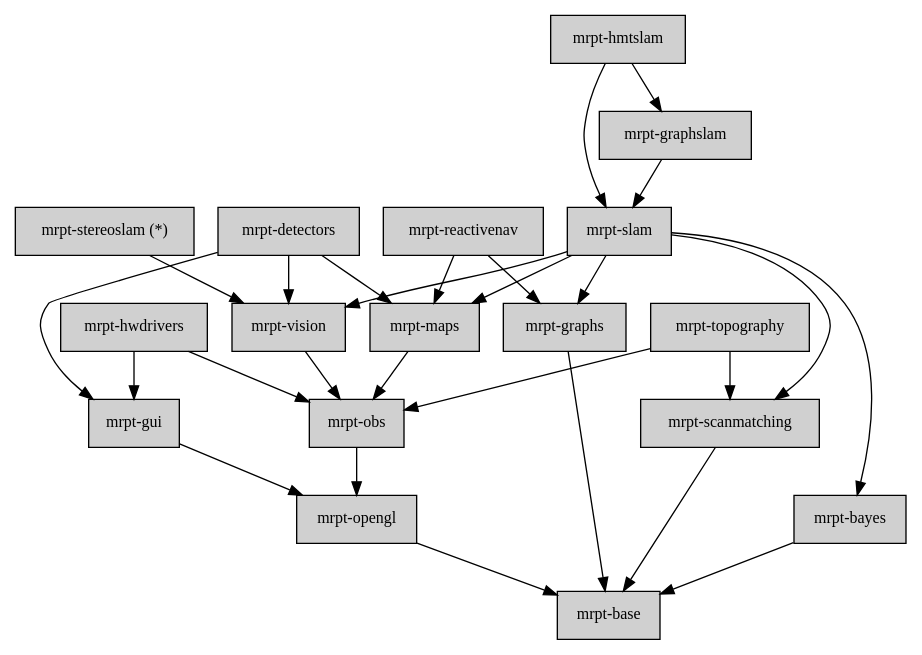
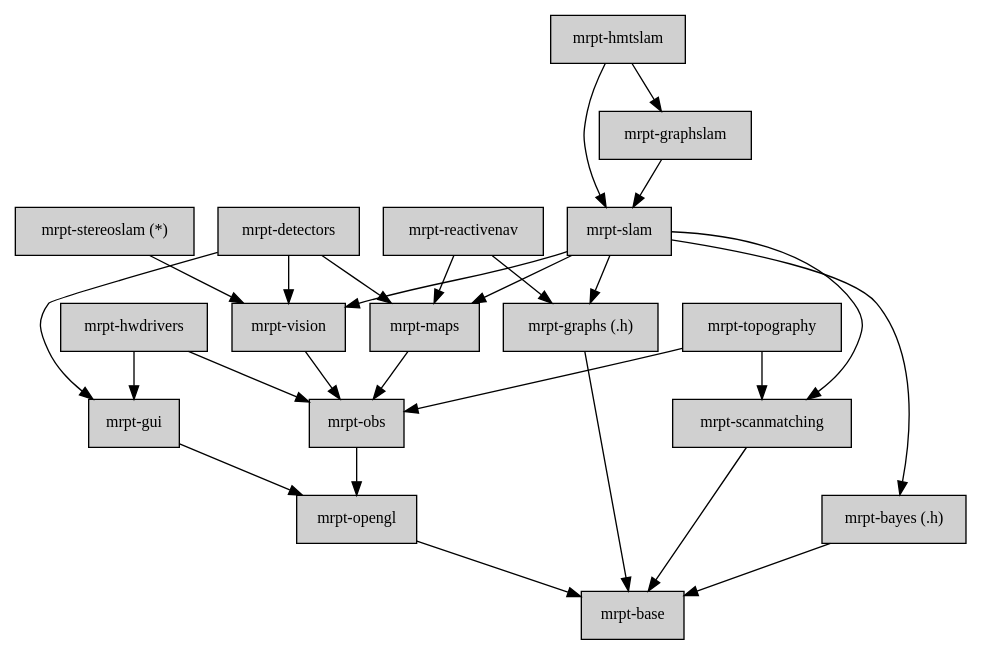
Before and after one commit to MRPT/mrpt: the diagram in doc/design_of_images/graph_mrpt_libs.dot, drawn with Graphviz. The commit also changed 25 other files, not shown here.

Commit message:
mrpt-graphs and mrpt-bayes are now header-only libs

```diff
--- a/doc/design_of_images/graph_mrpt_libs.dot
+++ b/doc/design_of_images/graph_mrpt_libs.dot
@@ -1,67 +1,67 @@
 digraph MRPT_LIBS {
 
 	node [shape=box,style=filled, fillcolor="#D0D0D0",fontsize=12];
 
 	base 		[label="mrpt-base",URL="group__mrpt__base__grp.html"];
-	graphs		[label="mrpt-graphs",URL="group__mrpt__graphs__grp.html"];
-	bayes 		[label="mrpt-bayes",URL="group__mrpt__bayes__grp.html"];
+	graphs		[label="mrpt-graphs (.h)",URL="group__mrpt__graphs__grp.html"];
+	bayes 		[label="mrpt-bayes (.h)",URL="group__mrpt__bayes__grp.html"];
 	opengl 		[label="mrpt-opengl", URL="group__mrpt__opengl__grp.html"];
 	gui 		[label="mrpt-gui",URL="group__mrpt__gui__grp.html"];
 	obs 		[label="mrpt-obs",URL="group__mrpt__obs__grp.html"];
 	hwdrivers 	[label="mrpt-hwdrivers",URL="group__mrpt__hwdrivers__grp.html"];
 	topography 	[label="mrpt-topography",URL="group__mrpt__topography__grp.html"];
 	maps 		[label="mrpt-maps",URL="group__mrpt__maps__grp.html"];
 	vision 		[label="mrpt-vision",URL="group__mrpt__vision__grp.html"];
 	scanmatching 		[label="mrpt-scanmatching",URL="group__mrpt__scanmatching__grp.html"];
 
 	slam 		[label="mrpt-slam",URL="group__mrpt__slam__grp.html"];
 	graphslam	[label="mrpt-graphslam",URL="group__mrpt__graphslam__grp.html"];
 	
 	hmtslam		[label="mrpt-hmtslam",URL="group__mrpt__hmtslam__grp.html"];
 	reactivenav	[label="mrpt-reactivenav",URL="group__mrpt__reactivenav__grp.html"];
 	stereoslam	[label="mrpt-stereoslam (*)",URL="group__mrpt__stereoslam__grp.html"];
 	
 	detectors	[label="mrpt-detectors",URL="group__mrpt__detectors__grp.html"];
 	
 	graphs -> base;
 	scanmatching -> base;
 
 	bayes -> base;
 	
 	opengl -> base;
 	
 	obs -> opengl;
 	
 	gui -> opengl;
 	
 	hwdrivers -> gui;
 	hwdrivers -> obs;
 	
 	topography -> obs;
 	topography -> scanmatching;
 	
 	vision -> obs;
 	
 	maps -> obs;
 
 	slam -> maps;
 	slam -> vision;
 	slam -> scanmatching;
 	slam -> bayes;
 	slam -> graphs;
 
 	graphslam -> slam;
 	
 	detectors -> vision;
 	detectors -> maps;
 	detectors -> gui;
 	
 	hmtslam -> slam;
 	hmtslam -> graphslam;
 
 
 	stereoslam -> vision;
 	
 	reactivenav -> maps;
 	reactivenav -> graphs;
 }
```
